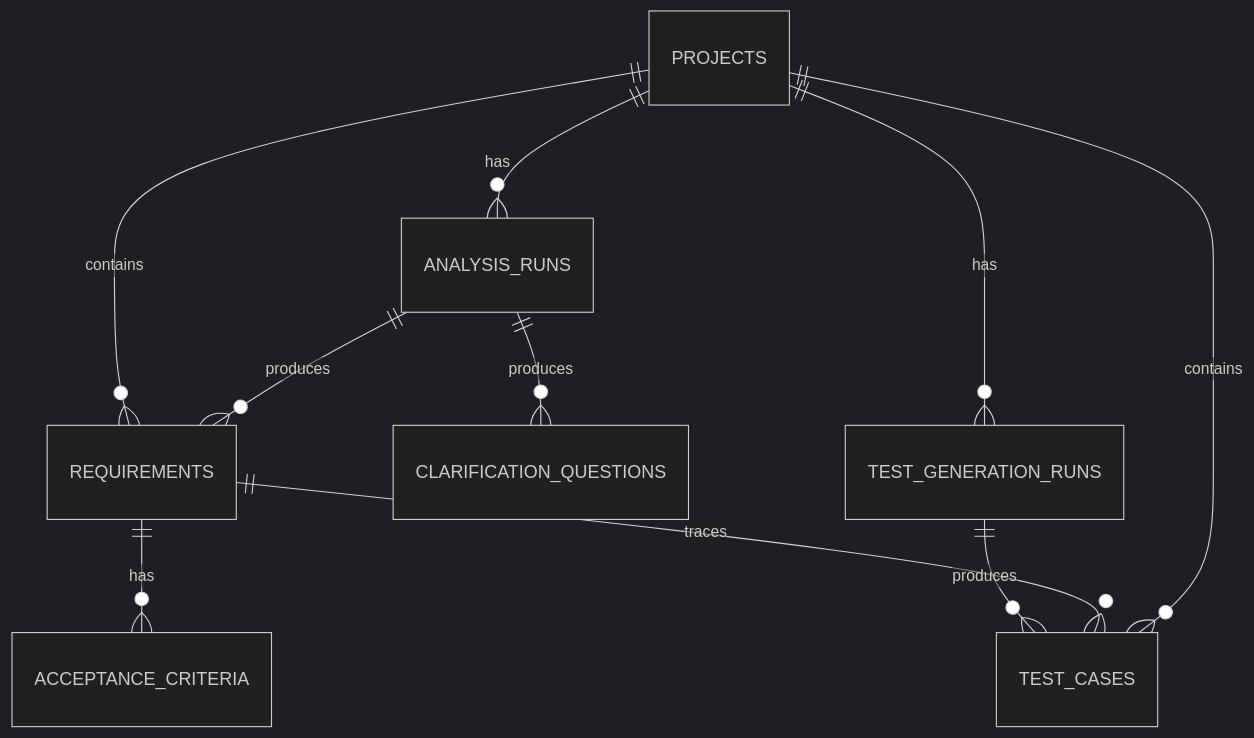
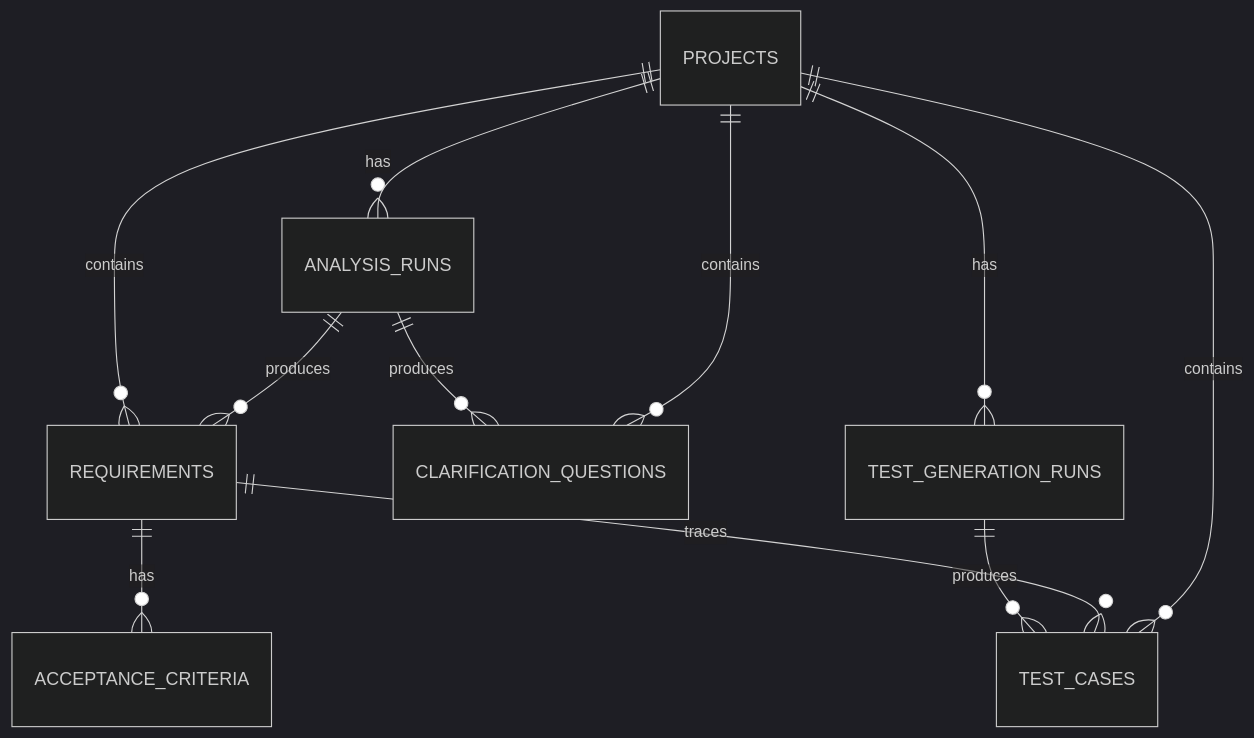
One commit to ConleyDing/ReqFlow changed the diagram in docs/08-database-design.md. Above: the diagram before and after it, drawn with Mermaid (dark theme). The commit also changed other lines of this file and 32 other files, not shown here.

````diff
--- a/docs/08-database-design.md
+++ b/docs/08-database-design.md
@@ -11,12 +11,13 @@
 ```mermaid
 erDiagram
   PROJECTS ||--o{ ANALYSIS_RUNS : has
   PROJECTS ||--o{ REQUIREMENTS : contains
   ANALYSIS_RUNS ||--o{ REQUIREMENTS : produces
   ANALYSIS_RUNS ||--o{ CLARIFICATION_QUESTIONS : produces
+  PROJECTS ||--o{ CLARIFICATION_QUESTIONS : contains
   REQUIREMENTS ||--o{ ACCEPTANCE_CRITERIA : has
   PROJECTS ||--o{ TEST_GENERATION_RUNS : has
   TEST_GENERATION_RUNS ||--o{ TEST_CASES : produces
   REQUIREMENTS ||--o{ TEST_CASES : traces
   PROJECTS ||--o{ TEST_CASES : contains
 ```
````
